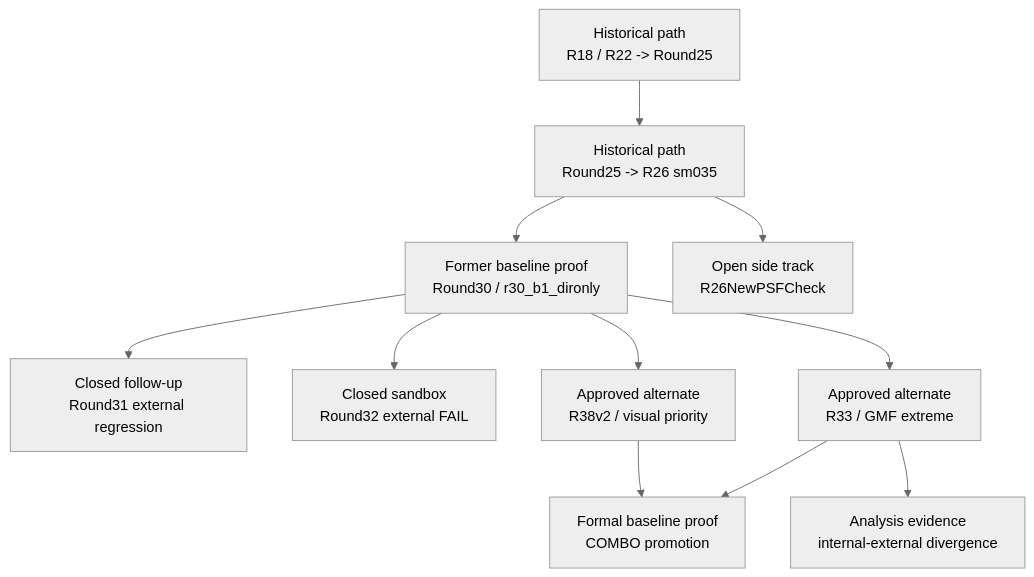
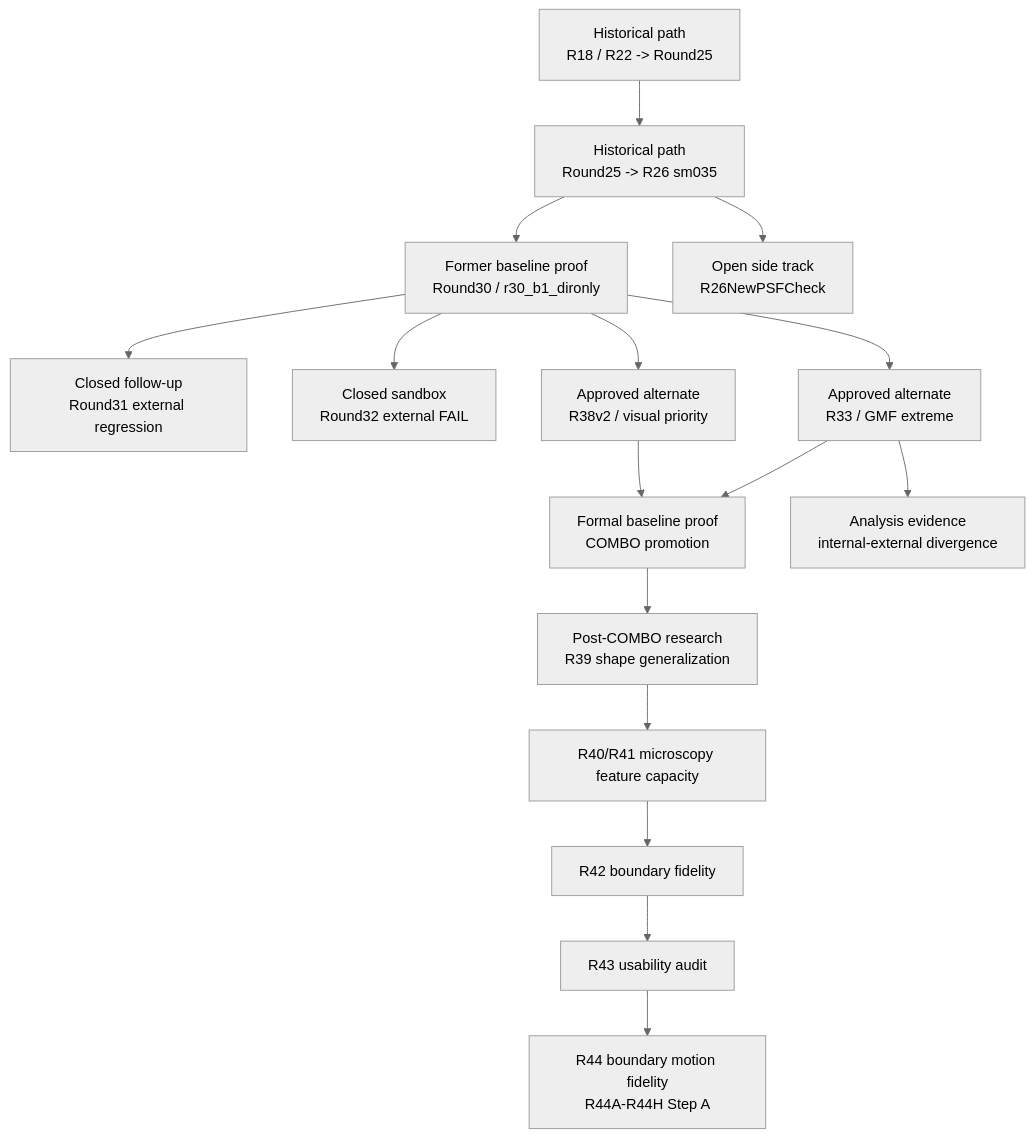
Before and after one commit to rio10255254/GMM_2_Final: the diagram in docs/evidence/EVIDENCE_MAP.md, drawn with Mermaid (neutral theme). The commit also changed other lines of this file and 446 other files, not shown here.

````diff
--- a/docs/evidence/EVIDENCE_MAP.md
+++ b/docs/evidence/EVIDENCE_MAP.md
@@ -20,13 +20,18 @@
 ```mermaid
 flowchart TD
     H25["Historical path<br/>R18 / R22 -> Round25"] --> H26["Historical path<br/>Round25 -> R26 sm035"]
     H26 --> B30["Former baseline proof<br/>Round30 / r30_b1_dironly"]
     B30 --> F31["Closed follow-up<br/>Round31 external regression"]
     B30 --> F32["Closed sandbox<br/>Round32 external FAIL"]
     B30 --> ALT33["Approved alternate<br/>R33 / GMF extreme"]
     B30 --> ALT38["Approved alternate<br/>R38v2 / visual priority"]
     ALT33 --> BASE["Formal baseline proof<br/>COMBO promotion"]
     ALT38 --> BASE
     H26 --> SIDE["Open side track<br/>R26NewPSFCheck"]
     ALT33 --> AN["Analysis evidence<br/>internal-external divergence"]
+    BASE --> M39["Post-COMBO research<br/>R39 shape generalization"]
+    M39 --> M40["R40/R41 microscopy feature capacity"]
+    M40 --> M42["R42 boundary fidelity"]
+    M42 --> M43["R43 usability audit"]
+    M43 --> M44["R44 boundary motion fidelity<br/>R44A-R44H Step A"]
 ```
````
